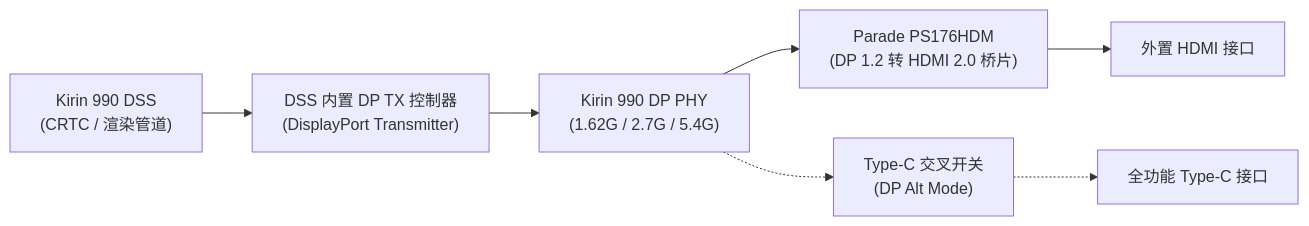
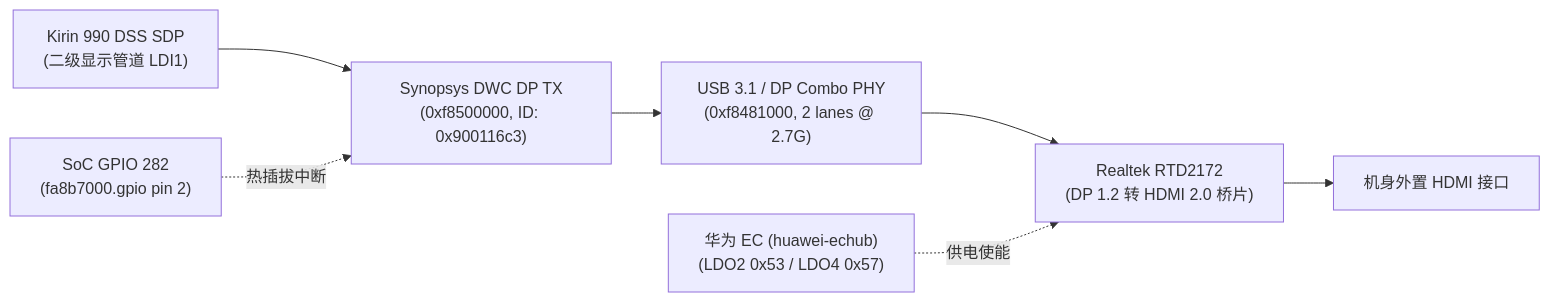
The second of 2 diagrams in docs/puzzles-roadmap.md (misaka-imouto/l410-mainline), drawn with Mermaid before and after one commit. The commit also changed other lines of this file and 1 other file, not shown here.

Commit message:
docs: complete Puzzle 2 external display (DP/HDMI) enablement and architecture

````diff
--- a/docs/puzzles-roadmap.md
+++ b/docs/puzzles-roadmap.md
@@ -127,9 +135,9 @@
 ```mermaid
 flowchart LR
-    DSS_CRTC["Kirin 990 DSS\n(CRTC / 渲染管道)"] --> DP_TX["DSS 内置 DP TX 控制器\n(DisplayPort Transmitter)"]
-    DP_TX --> DP_PHY["Kirin 990 DP PHY\n(1.62G / 2.7G / 5.4G)"]
-    DP_PHY --> PS176["Parade PS176HDM\n(DP 1.2 转 HDMI 2.0 桥片)"]
-    PS176 --> HDMI_PORT["外置 HDMI 接口"]
-    DP_PHY -.-> TYPEC_MUX["Type-C 交叉开关\n(DP Alt Mode)"]
-    TYPEC_MUX -.-> TYPEC_PORT["全功能 Type-C 接口"]
+    DSS_SDP["Kirin 990 DSS SDP\n(二级显示管道 LDI1)"] --> DP_TX["Synopsys DWC DP TX\n(0xf8500000, ID: 0x900116c3)"]
+    DP_TX --> DP_PHY["USB 3.1 / DP Combo PHY\n(0xf8481000, 2 lanes @ 2.7G)"]
+    DP_PHY --> RTD2172["Realtek RTD2172\n(DP 1.2 转 HDMI 2.0 桥片)"]
+    RTD2172 --> HDMI_PORT["机身外置 HDMI 接口"]
+    EC["华为 EC (huawei-echub)\n(LDO2 0x53 / LDO4 0x57)"] -.->|供电使能| RTD2172
+    HPD["SoC GPIO 282\n(fa8b7000.gpio pin 2)"] -.->|热插拔中断| DP_TX
 ```
````
